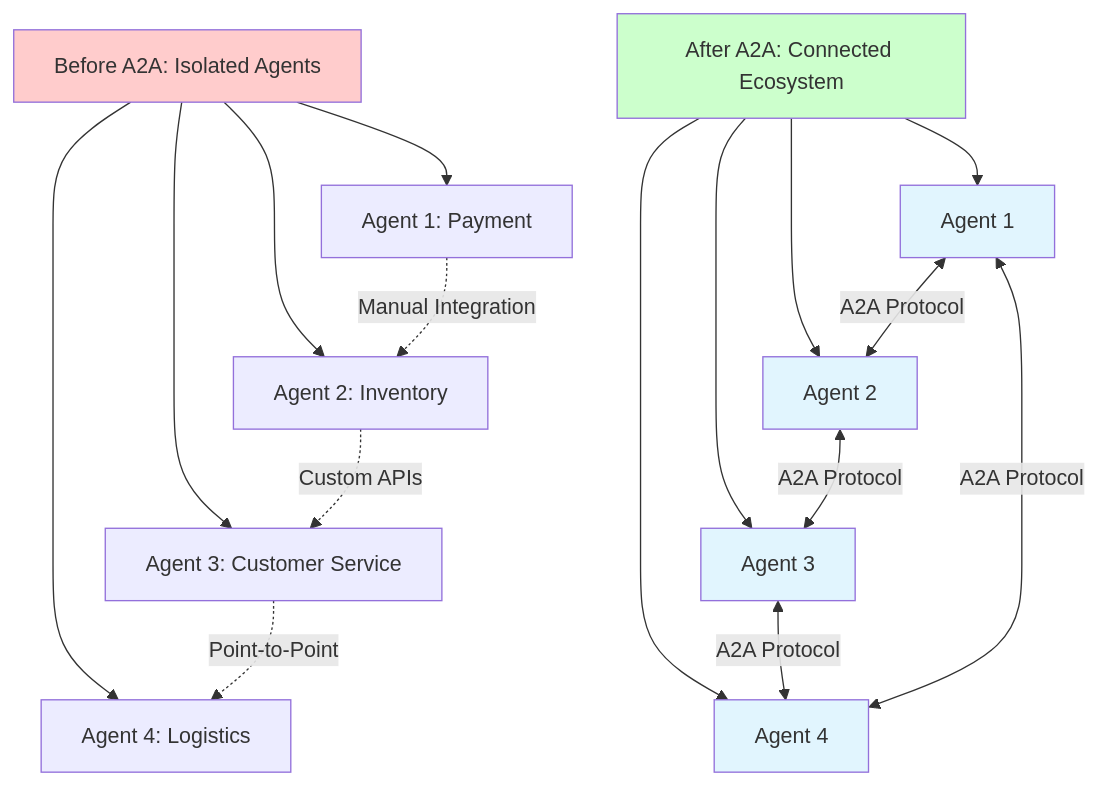
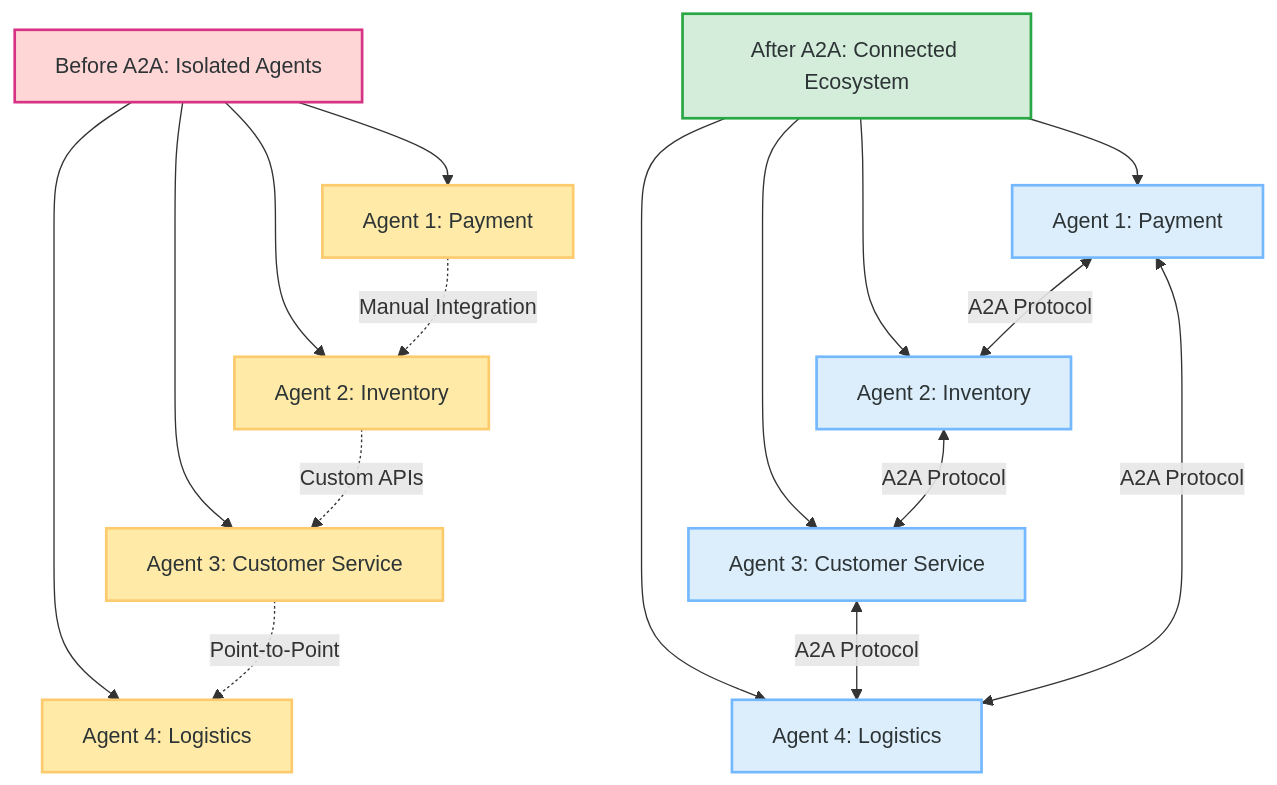
One commit to raphaelmansuy/tutorials changed the first of 5 diagrams in 28-a2a.md. Above: the diagram before and after it, drawn with Mermaid. The commit also changed other lines of this file, not shown here.

````diff
--- a/28-a2a.md
+++ b/28-a2a.md
@@ -17,28 +19,32 @@
 ```mermaid
 flowchart TD
     A[Before A2A: Isolated Agents] --> B[Agent 1: Payment]
     A --> C[Agent 2: Inventory]
     A --> D[Agent 3: Customer Service]
     A --> E[Agent 4: Logistics]
 
     B -.->|Manual Integration| C
     C -.->|Custom APIs| D
     D -.->|Point-to-Point| E
 
-    F[After A2A: Connected Ecosystem] --> G[Agent 1]
-    F --> H[Agent 2]
-    F --> I[Agent 3]
-    F --> J[Agent 4]
+    F[After A2A: Connected Ecosystem] --> G[Agent 1: Payment]
+    F --> H[Agent 2: Inventory]
+    F --> I[Agent 3: Customer Service]
+    F --> J[Agent 4: Logistics]
 
     G <-->|A2A Protocol| H
     H <-->|A2A Protocol| I
     I <-->|A2A Protocol| J
     J <-->|A2A Protocol| G
 
-    style A fill:#ffcccc
-    style F fill:#ccffcc
-    style G fill:#e1f5fe
-    style H fill:#e1f5fe
-    style I fill:#e1f5fe
-    style J fill:#e1f5fe
+    style A fill:#ffd6d6,stroke:#d63384,stroke-width:2px,color:#2d3436
+    style F fill:#d4edda,stroke:#28a745,stroke-width:2px,color:#2d3436
+    style B fill:#ffeaa7,stroke:#fdcb6e,stroke-width:2px,color:#2d3436
+    style C fill:#ffeaa7,stroke:#fdcb6e,stroke-width:2px,color:#2d3436
+    style D fill:#ffeaa7,stroke:#fdcb6e,stroke-width:2px,color:#2d3436
+    style E fill:#ffeaa7,stroke:#fdcb6e,stroke-width:2px,color:#2d3436
+    style G fill:#dceefb,stroke:#74b9ff,stroke-width:2px,color:#2d3436
+    style H fill:#dceefb,stroke:#74b9ff,stroke-width:2px,color:#2d3436
+    style I fill:#dceefb,stroke:#74b9ff,stroke-width:2px,color:#2d3436
+    style J fill:#dceefb,stroke:#74b9ff,stroke-width:2px,color:#2d3436
 ```
````
